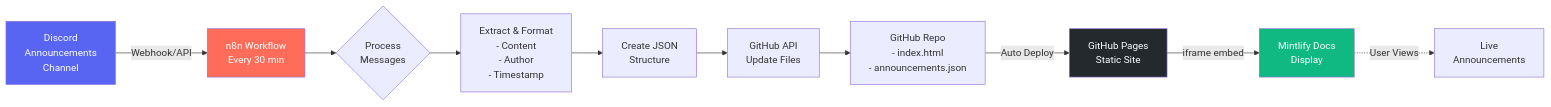
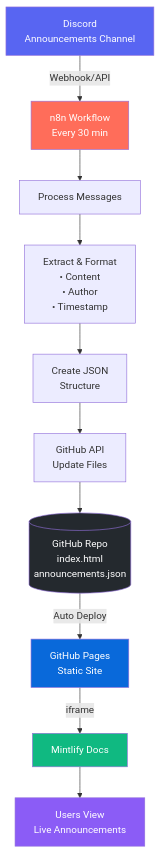
One commit to DeveloperAlly/livepeer-automations changed the diagram in discord/announcements/README.md. Above: the diagram before and after it, drawn with Mermaid.

Commit message:
Update architecture flow diagram in README.md

````diff
--- a/discord/announcements/README.md
+++ b/discord/announcements/README.md
@@ -36,22 +36,25 @@
 ```mermaid
-graph LR
-    A[Discord<br/>Announcements<br/>Channel] -->|Webhook/API| B[n8n Workflow<br/>Every 30 min]
+graph TD
+    A[Discord<br/>Announcements Channel] 
+    A -->|Webhook/API| B[n8n Workflow<br/>Every 30 min]
     
-    B --> C{Process<br/>Messages}
-    C --> D[Extract & Format<br/>- Content<br/>- Author<br/>- Timestamp]
+    B --> C[Process Messages]
+    C --> D[Extract & Format<br/>• Content<br/>• Author<br/>• Timestamp]
     D --> E[Create JSON<br/>Structure]
     
     E --> F[GitHub API<br/>Update Files]
-    F --> G[GitHub Repo<br/>- index.html<br/>- announcements.json]
+    F --> G[(GitHub Repo<br/>index.html<br/>announcements.json)]
     
     G -->|Auto Deploy| H[GitHub Pages<br/>Static Site]
     
-    H -->|iframe embed| I[Mintlify Docs<br/>Display]
+    H -->|iframe| I[Mintlify Docs]
     
-    I -.->|User Views| J[Live<br/>Announcements]
+    I --> J[Users View<br/>Live Announcements]
     
     style A fill:#5865F2,color:#fff
     style B fill:#ff6d5a,color:#fff
-    style H fill:#24292e,color:#fff
+    style G fill:#24292e,color:#fff
+    style H fill:#0969da,color:#fff
     style I fill:#10b981,color:#fff
+    style J fill:#8b5cf6,color:#fff
 ```
````
